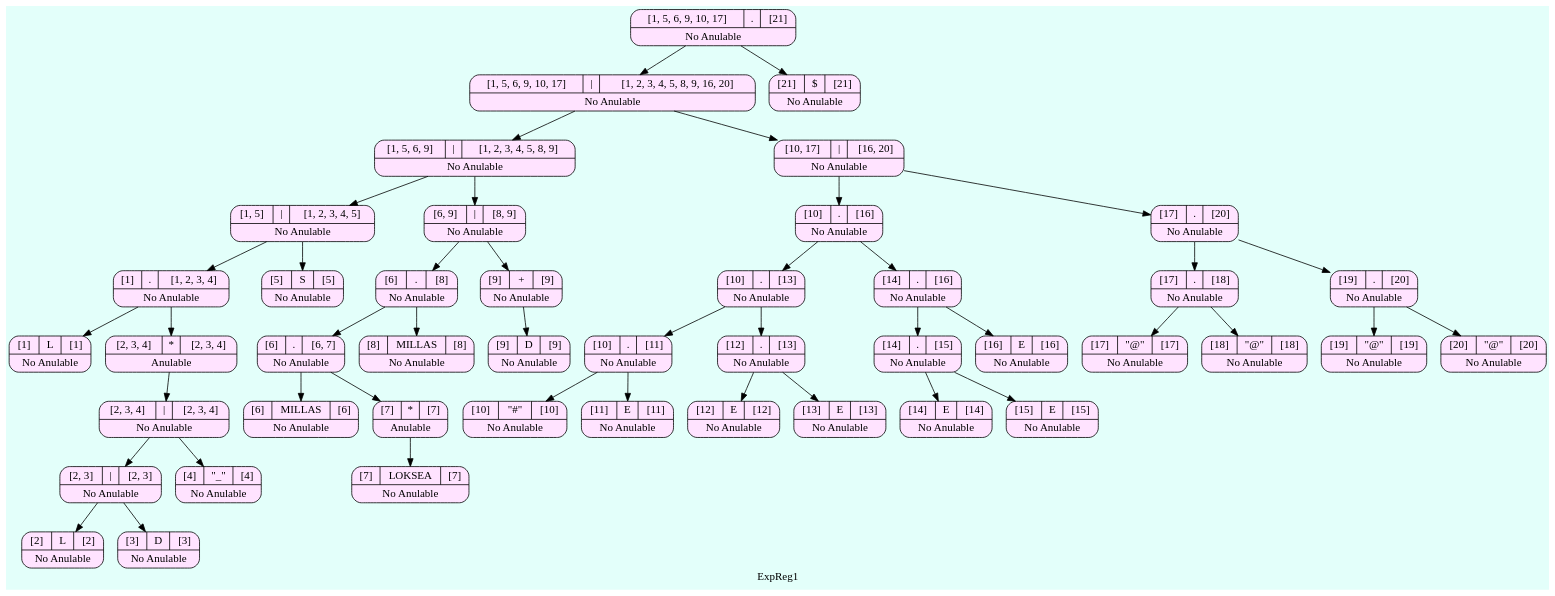
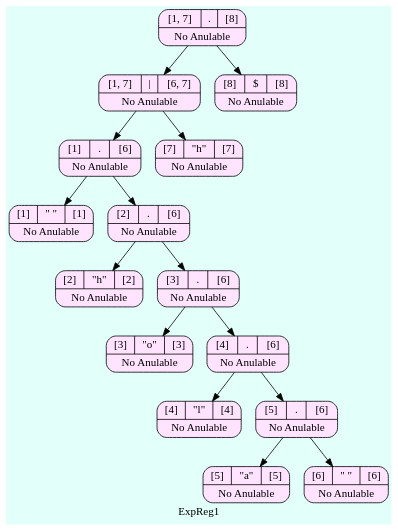
Before and after one commit to SergieArizandieta/OLC1-P1-202000119: the diagram in ARBOLES_202000119/Arbol_ExpReg1.dot, drawn with Graphviz. The commit also changed 12 other files, not shown here.

```diff
--- a/ARBOLES_202000119/Arbol_ExpReg1.dot
+++ b/ARBOLES_202000119/Arbol_ExpReg1.dot
@@ -1,93 +1,35 @@
 digraph structs {
   bgcolor = "#E3FFFA"
    node [shape=Mrecord fillcolor="#FFE3FF" style =filled];
 label ="ExpReg1"
-    struct1404212412    [label="{{[1, 5, 6, 9, 10, 17]|<here>.|[21]}|No Anulable}"];
-    struct1404212412-> struct974353112
-    struct974353112    [label="{{[1, 5, 6, 9, 10, 17]|<here>\||[1, 2, 3, 4, 5, 8, 9, 16, 20]}|No Anulable}"];
-    struct974353112-> struct774361188
-    struct774361188    [label="{{[1, 5, 6, 9]|<here>\||[1, 2, 3, 4, 5, 8, 9]}|No Anulable}"];
-    struct774361188-> struct1250427783
-    struct1250427783    [label="{{[1, 5]|<here>\||[1, 2, 3, 4, 5]}|No Anulable}"];
-    struct1250427783-> struct232290590
-    struct232290590    [label="{{[1]|<here>.|[1, 2, 3, 4]}|No Anulable}"];
-    struct232290590-> struct746348495
-    struct746348495    [label="{{[1]|<here>L|[1]}|No Anulable}"];
-    struct232290590-> struct1011359444
-    struct1011359444    [label="{{[2, 3, 4]|<here>*|[2, 3, 4]}|Anulable}"];
-    struct1011359444-> struct911652577
-    struct911652577    [label="{{[2, 3, 4]|<here>\||[2, 3, 4]}|No Anulable}"];
-    struct911652577-> struct2013804988
-    struct2013804988    [label="{{[2, 3]|<here>\||[2, 3]}|No Anulable}"];
-    struct2013804988-> struct918848341
-    struct918848341    [label="{{[2]|<here>L|[2]}|No Anulable}"];
-    struct2013804988-> struct1241945575
-    struct1241945575    [label="{{[3]|<here>D|[3]}|No Anulable}"];
-    struct911652577-> struct1239733240
-    struct1239733240    [label="{{[4]|<here>\"_\"|[4]}|No Anulable}"];
-    struct1250427783-> struct1889064609
-    struct1889064609    [label="{{[5]|<here>S|[5]}|No Anulable}"];
-    struct774361188-> struct1658072524
-    struct1658072524    [label="{{[6, 9]|<here>\||[8, 9]}|No Anulable}"];
-    struct1658072524-> struct478361052
-    struct478361052    [label="{{[6]|<here>.|[8]}|No Anulable}"];
-    struct478361052-> struct1930911399
-    struct1930911399    [label="{{[6]|<here>.|[6, 7]}|No Anulable}"];
-    struct1930911399-> struct1166848954
-    struct1166848954    [label="{{[6]|<here>MILLAS|[6]}|No Anulable}"];
-    struct1930911399-> struct108350602
-    struct108350602    [label="{{[7]|<here>*|[7]}|Anulable}"];
-    struct108350602-> struct56472653
-    struct56472653    [label="{{[7]|<here>LOKSEA|[7]}|No Anulable}"];
-    struct478361052-> struct1257648359
-    struct1257648359    [label="{{[8]|<here>MILLAS|[8]}|No Anulable}"];
-    struct1658072524-> struct1791445856
-    struct1791445856    [label="{{[9]|<here>+|[9]}|No Anulable}"];
-    struct1791445856-> struct1182419886
-    struct1182419886    [label="{{[9]|<here>D|[9]}|No Anulable}"];
-    struct974353112-> struct678129904
-    struct678129904    [label="{{[10, 17]|<here>\||[16, 20]}|No Anulable}"];
-    struct678129904-> struct1407257618
-    struct1407257618    [label="{{[10]|<here>.|[16]}|No Anulable}"];
-    struct1407257618-> struct53330245
-    struct53330245    [label="{{[10]|<here>.|[13]}|No Anulable}"];
-    struct53330245-> struct387894709
-    struct387894709    [label="{{[10]|<here>.|[11]}|No Anulable}"];
-    struct387894709-> struct1686225750
-    struct1686225750    [label="{{[10]|<here>\"#\"|[10]}|No Anulable}"];
-    struct387894709-> struct1071366728
-    struct1071366728    [label="{{[11]|<here>E|[11]}|No Anulable}"];
-    struct53330245-> struct1376848671
-    struct1376848671    [label="{{[12]|<here>.|[13]}|No Anulable}"];
-    struct1376848671-> struct855836557
-    struct855836557    [label="{{[12]|<here>E|[12]}|No Anulable}"];
-    struct1376848671-> struct1500707272
-    struct1500707272    [label="{{[13]|<here>E|[13]}|No Anulable}"];
-    struct1407257618-> struct945469740
-    struct945469740    [label="{{[14]|<here>.|[16]}|No Anulable}"];
-    struct945469740-> struct1648956619
-    struct1648956619    [label="{{[14]|<here>.|[15]}|No Anulable}"];
-    struct1648956619-> struct1239242848
-    struct1239242848    [label="{{[14]|<here>E|[14]}|No Anulable}"];
-    struct1648956619-> struct128930858
-    struct128930858    [label="{{[15]|<here>E|[15]}|No Anulable}"];
-    struct945469740-> struct1783696938
-    struct1783696938    [label="{{[16]|<here>E|[16]}|No Anulable}"];
-    struct678129904-> struct1075097831
-    struct1075097831    [label="{{[17]|<here>.|[20]}|No Anulable}"];
-    struct1075097831-> struct1672085213
-    struct1672085213    [label="{{[17]|<here>.|[18]}|No Anulable}"];
-    struct1672085213-> struct509274246
-    struct509274246    [label="{{[17]|<here>\"@\"|[17]}|No Anulable}"];
-    struct1672085213-> struct2081985849
-    struct2081985849    [label="{{[18]|<here>\"@\"|[18]}|No Anulable}"];
-    struct1075097831-> struct426672597
-    struct426672597    [label="{{[19]|<here>.|[20]}|No Anulable}"];
-    struct426672597-> struct899537715
-    struct899537715    [label="{{[19]|<here>\"@\"|[19]}|No Anulable}"];
-    struct426672597-> struct2085231582
-    struct2085231582    [label="{{[20]|<here>\"@\"|[20]}|No Anulable}"];
-    struct1404212412-> struct1145301043
-    struct1145301043    [label="{{[21]|<here>$|[21]}|No Anulable}"];
+    struct1723755918    [label="{{[1, 7]|<here>.|[8]}|No Anulable}"];
+    struct1723755918-> struct1580675877
+    struct1580675877    [label="{{[1, 7]|<here>\||[6, 7]}|No Anulable}"];
+    struct1580675877-> struct698352084
+    struct698352084    [label="{{[1]|<here>.|[6]}|No Anulable}"];
+    struct698352084-> struct86781345
+    struct86781345    [label="{{[1]|<here>\" \"|[1]}|No Anulable}"];
+    struct698352084-> struct275505815
+    struct275505815    [label="{{[2]|<here>.|[6]}|No Anulable}"];
+    struct275505815-> struct1998734756
+    struct1998734756    [label="{{[2]|<here>\"h\"|[2]}|No Anulable}"];
+    struct275505815-> struct1579500597
+    struct1579500597    [label="{{[3]|<here>.|[6]}|No Anulable}"];
+    struct1579500597-> struct973093749
+    struct973093749    [label="{{[3]|<here>\"o\"|[3]}|No Anulable}"];
+    struct1579500597-> struct1974471160
+    struct1974471160    [label="{{[4]|<here>.|[6]}|No Anulable}"];
+    struct1974471160-> struct282750351
+    struct282750351    [label="{{[4]|<here>\"l\"|[4]}|No Anulable}"];
+    struct1974471160-> struct1680508749
+    struct1680508749    [label="{{[5]|<here>.|[6]}|No Anulable}"];
+    struct1680508749-> struct1598739246
+    struct1598739246    [label="{{[5]|<here>\"a\"|[5]}|No Anulable}"];
+    struct1680508749-> struct708898550
+    struct708898550    [label="{{[6]|<here>\" \"|[6]}|No Anulable}"];
+    struct1580675877-> struct1765103652
+    struct1765103652    [label="{{[7]|<here>\"h\"|[7]}|No Anulable}"];
+    struct1723755918-> struct1502980768
+    struct1502980768    [label="{{[8]|<here>$|[8]}|No Anulable}"];
 
 }
```
